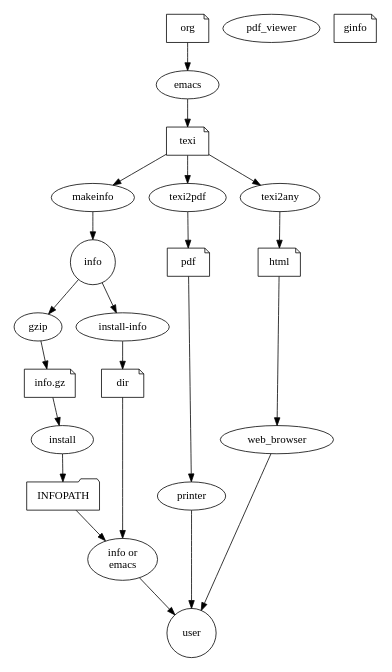
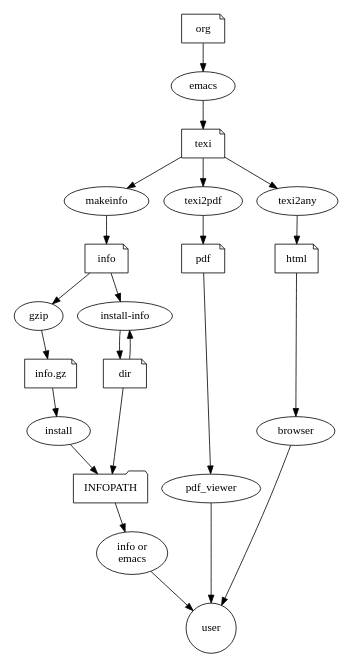
The diagram in texinfo/README.org (org-trello/org-trello), drawn with Graphviz before and after one commit. The commit also changed other lines of this file and 7 other files, not shown here.

Commit message:
Adding more section headers. Add legacy -> new mapping to TODO. Fixed build/install graphic.

```diff
--- a/texinfo/README.org
+++ b/texinfo/README.org
@@ -44,42 +18,42 @@
 #+begin_src dot :file texinfo.png
   digraph texinfo {
 	  size="4,6"
 	  node [shape=oval]
 	  emacs
 	  makeinfo
 	  texi2pdf
 	  texi2any
 	  gzip
 	  install
 	  install_info [label="install-info"]
 	  info_emacs [label="info or\nemacs"]
-	  web_browser
+	  browser
 	  pdf_viewer
-	  printer
 
 	  node [shape=note]
 	  org
 	  texi
-	  ginfo
+	  info
 	  pdf
 	  html
 	  infogz [label="info.gz"]
 	  dir
 
 	  node [shape=folder]
 	  INFOPATH
 
 	  node [shape=circle]
 	  user
 
 	  org -> emacs -> texi
 	  texi -> makeinfo -> info
 	  info -> gzip -> infogz
 	  infogz -> install -> INFOPATH
-	  info -> install_info -> dir
+	  dir -> install_info
+	  info -> install_info -> dir -> INFOPATH
 	  texi -> texi2pdf -> pdf
-	  pdf -> printer -> user
-	  texi -> texi2any -> html -> web_browser -> user
-	  {INFOPATH dir} -> info_emacs -> user
+	  pdf -> pdf_viewer -> user
+	  texi -> texi2any -> html -> browser -> user
+	  INFOPATH -> info_emacs -> user
 	  }
 #+end_src
```
